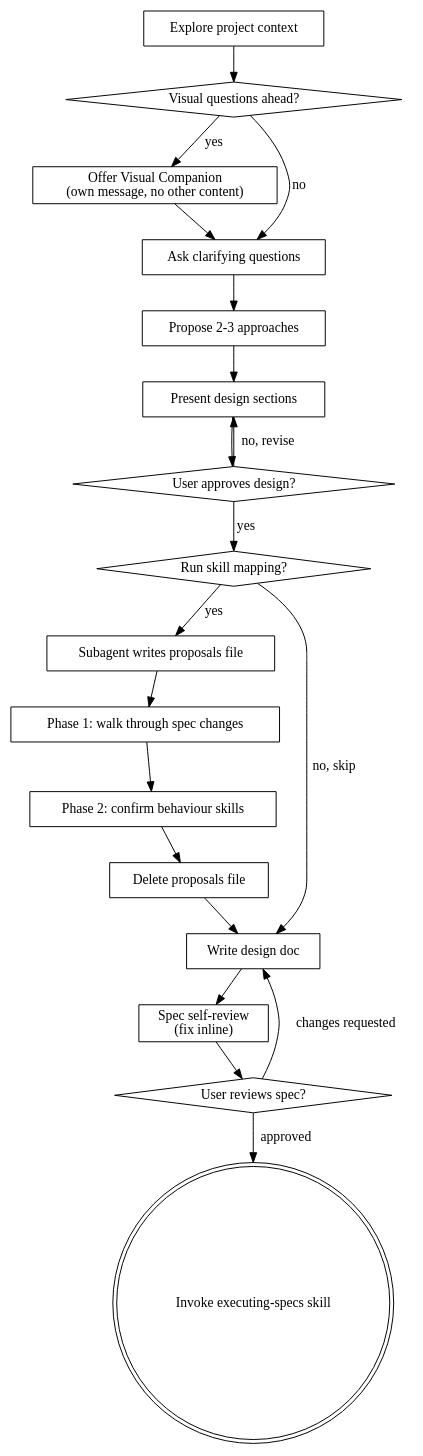
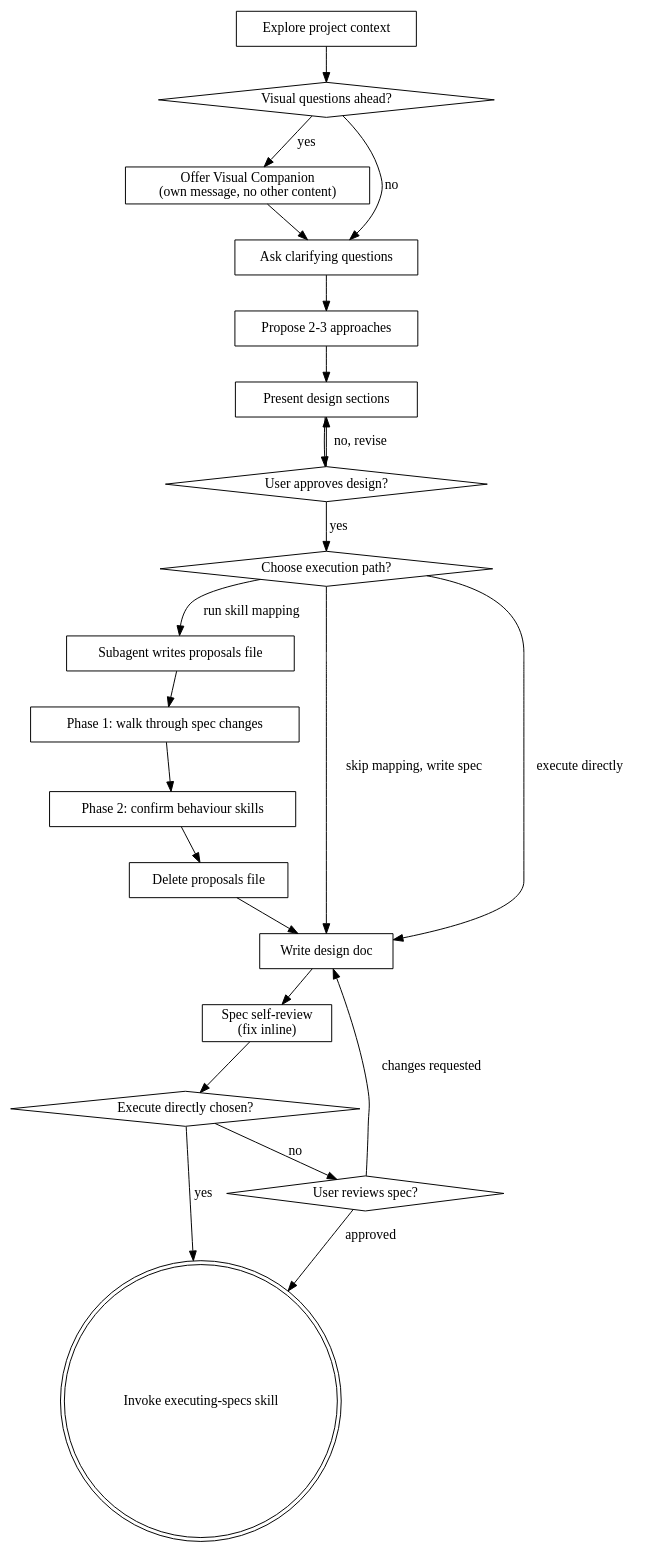
The diagram in skills/brainstorming/SKILL.md (dgafka/superpowers), drawn with Graphviz before and after one commit. The commit also changed other lines of this file and 1 other file, not shown here.

Commit message:
execution

````diff
--- a/skills/brainstorming/SKILL.md
+++ b/skills/brainstorming/SKILL.md
@@ -39,40 +39,44 @@
 ```dot
 digraph brainstorming {
     "Explore project context" [shape=box];
     "Visual questions ahead?" [shape=diamond];
     "Offer Visual Companion\n(own message, no other content)" [shape=box];
     "Ask clarifying questions" [shape=box];
     "Propose 2-3 approaches" [shape=box];
     "Present design sections" [shape=box];
     "User approves design?" [shape=diamond];
-    "Run skill mapping?" [shape=diamond];
+    "Choose execution path?" [shape=diamond];
     "Subagent writes proposals file" [shape=box];
     "Phase 1: walk through spec changes" [shape=box];
     "Phase 2: confirm behaviour skills" [shape=box];
     "Delete proposals file" [shape=box];
     "Write design doc" [shape=box];
     "Spec self-review\n(fix inline)" [shape=box];
+    "Execute directly chosen?" [shape=diamond];
     "User reviews spec?" [shape=diamond];
     "Invoke executing-specs skill" [shape=doublecircle];
 
     "Explore project context" -> "Visual questions ahead?";
     "Visual questions ahead?" -> "Offer Visual Companion\n(own message, no other content)" [label="yes"];
     "Visual questions ahead?" -> "Ask clarifying questions" [label="no"];
     "Offer Visual Companion\n(own message, no other content)" -> "Ask clarifying questions";
     "Ask clarifying questions" -> "Propose 2-3 approaches";
     "Propose 2-3 approaches" -> "Present design sections";
     "Present design sections" -> "User approves design?";
     "User approves design?" -> "Present design sections" [label="no, revise"];
-    "User approves design?" -> "Run skill mapping?" [label="yes"];
-    "Run skill mapping?" -> "Subagent writes proposals file" [label="yes"];
-    "Run skill mapping?" -> "Write design doc" [label="no, skip"];
+    "User approves design?" -> "Choose execution path?" [label="yes"];
+    "Choose execution path?" -> "Subagent writes proposals file" [label="run skill mapping"];
+    "Choose execution path?" -> "Write design doc" [label="skip mapping, write spec"];
+    "Choose execution path?" -> "Write design doc" [label="execute directly"];
     "Subagent writes proposals file" -> "Phase 1: walk through spec changes";
     "Phase 1: walk through spec changes" -> "Phase 2: confirm behaviour skills";
     "Phase 2: confirm behaviour skills" -> "Delete proposals file";
     "Delete proposals file" -> "Write design doc";
     "Write design doc" -> "Spec self-review\n(fix inline)";
-    "Spec self-review\n(fix inline)" -> "User reviews spec?";
+    "Spec self-review\n(fix inline)" -> "Execute directly chosen?";
+    "Execute directly chosen?" -> "Invoke executing-specs skill" [label="yes"];
+    "Execute directly chosen?" -> "User reviews spec?" [label="no"];
     "User reviews spec?" -> "Write design doc" [label="changes requested"];
     "User reviews spec?" -> "Invoke executing-specs skill" [label="approved"];
 }
 ```
````
